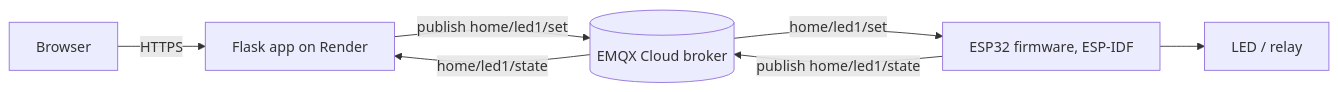
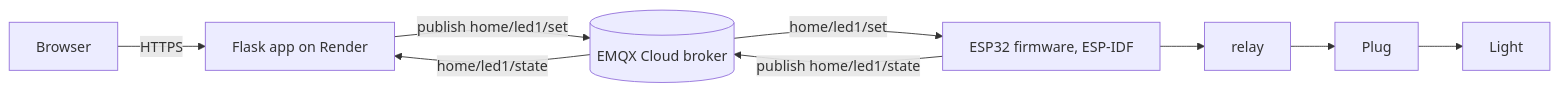
Before and after one commit to minhhuyng21/esp32-mqtt-web-control: the diagram in README.md, drawn with Mermaid. The commit also changed other lines of this file and 1 other file, not shown here.

````diff
--- a/README.md
+++ b/README.md
@@ -24,9 +29,11 @@
 ```mermaid
 flowchart LR
     B[Browser] -- HTTPS --> F[Flask app on Render]
     F -- "publish home/led1/set" --> M[(EMQX Cloud broker)]
     M -- "home/led1/set" --> E[ESP32 firmware, ESP-IDF]
     E -- "publish home/led1/state" --> M
     M -- "home/led1/state" --> F
-    E --> L[LED / relay]
+    E --> L[relay]
+    L --> P[Plug]
+    P --> A[Light]
 ```
````
